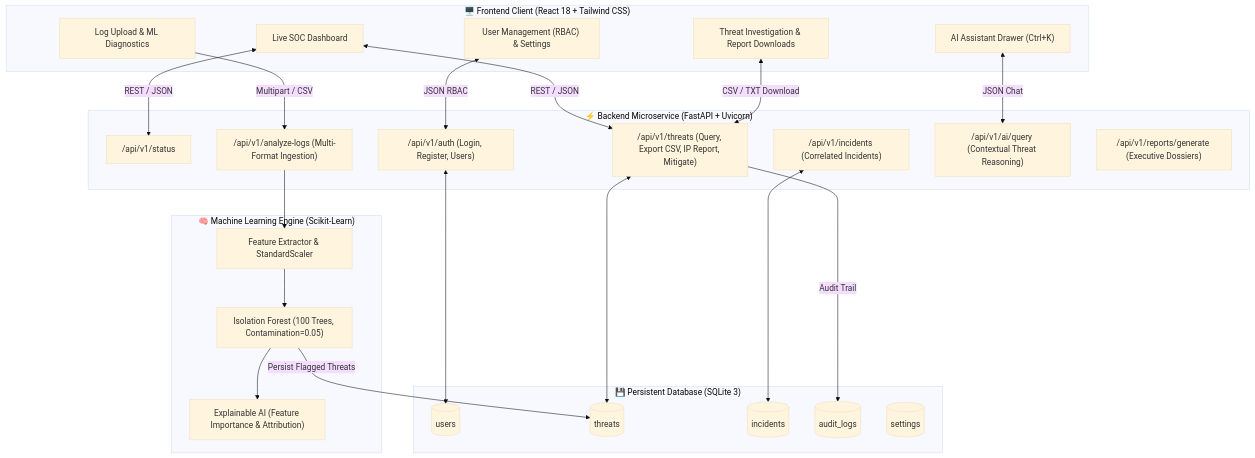
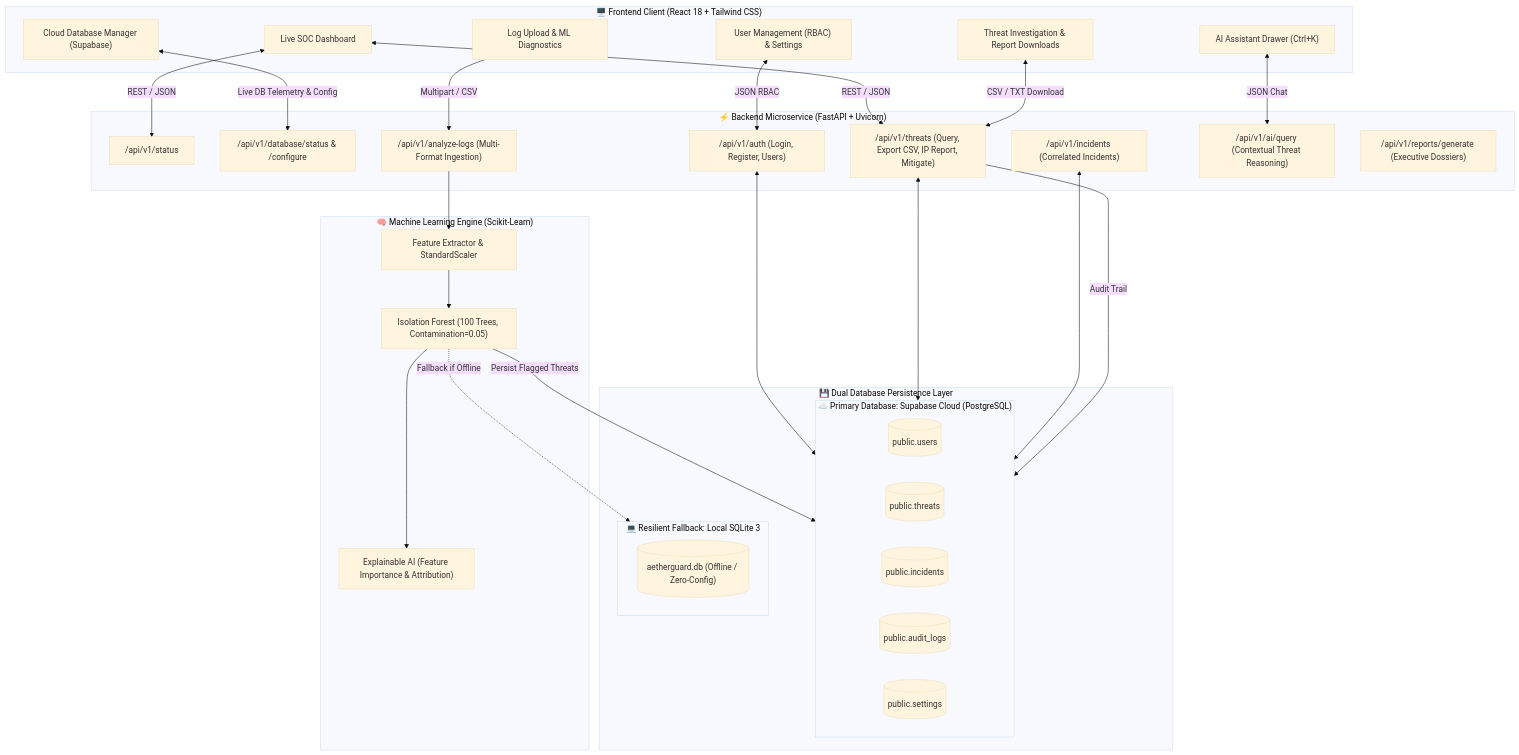
Before and after one commit to udaynarayansingh725/AetherGuard-AI: the diagram in README.md, drawn with Mermaid (base theme). The commit also changed other lines of this file and 10 other files, not shown here.

Commit message:
Integrate Supabase Cloud Database (PostgreSQL) as primary database with SQLite fallback, complete schema migrations, dynamic UI configuration, and updated documentation

````diff
--- a/README.md
+++ b/README.md
@@ -36,49 +38,58 @@
 ```mermaid
 flowchart TD
     subgraph Client Layer ["🖥️ Frontend Client (React 18 + Tailwind CSS)"]
         UI1["Live SOC Dashboard"]
         UI2["Threat Investigation & Report Downloads"]
         UI3["Log Upload & ML Diagnostics"]
         UI4["AI Assistant Drawer (Ctrl+K)"]
         UI5["User Management (RBAC) & Settings"]
+        UI6["Cloud Database Manager (Supabase)"]
     end
 
     subgraph APILayer ["⚡ Backend Microservice (FastAPI + Uvicorn)"]
         RT_STATUS["/api/v1/status"]
+        RT_DB["/api/v1/database/status & /configure"]
         RT_AUTH["/api/v1/auth (Login, Register, Users)"]
         RT_THREATS["/api/v1/threats (Query, Export CSV, IP Report, Mitigate)"]
         RT_INCIDENTS["/api/v1/incidents (Correlated Incidents)"]
         RT_LOGS["/api/v1/analyze-logs (Multi-Format Ingestion)"]
         RT_AI["/api/v1/ai/query (Contextual Threat Reasoning)"]
         RT_REP["/api/v1/reports/generate (Executive Dossiers)"]
     end
 
     subgraph MLLayer ["🧠 Machine Learning Engine (Scikit-Learn)"]
         PRE["Feature Extractor & StandardScaler"]
         IF["Isolation Forest (100 Trees, Contamination=0.05)"]
         XAI["Explainable AI (Feature Importance & Attribution)"]
     end
 
-    subgraph DBLayer ["💾 Persistent Database (SQLite 3)"]
-        DB_USERS[("users")]
-        DB_THREATS[("threats")]
-        DB_INCIDENTS[("incidents")]
-        DB_AUDIT[("audit_logs")]
-        DB_SETTINGS[("settings")]
+    subgraph DBLayer ["💾 Dual Database Persistence Layer"]
+        subgraph CloudDB ["☁️ Primary Database: Supabase Cloud (PostgreSQL)"]
+            SUPA_USERS[("public.users")]
+            SUPA_THREATS[("public.threats")]
+            SUPA_INCIDENTS[("public.incidents")]
+            SUPA_AUDIT[("public.audit_logs")]
+            SUPA_SETTINGS[("public.settings")]
+        end
+        subgraph LocalDB ["💻 Resilient Fallback: Local SQLite 3"]
+            SQLITE_DB[("aetherguard.db (Offline / Zero-Config)")]
+        end
     end
 
     UI1 <-->|"REST / JSON"| RT_STATUS
     UI1 <-->|"REST / JSON"| RT_THREATS
     UI2 <-->|"CSV / TXT Download"| RT_THREATS
     UI3 -->|"Multipart / CSV"| RT_LOGS
     UI4 <-->|"JSON Chat"| RT_AI
     UI5 <-->|"JSON RBAC"| RT_AUTH
+    UI6 <-->|"Live DB Telemetry & Config"| RT_DB
 
     RT_LOGS --> PRE --> IF --> XAI
-    IF -->|"Persist Flagged Threats"| DB_THREATS
+    IF -->|"Persist Flagged Threats"| CloudDB
+    IF -.->|"Fallback if Offline"| LocalDB
     
-    RT_AUTH <--> DB_USERS
-    RT_THREATS <--> DB_THREATS
-    RT_INCIDENTS <--> DB_INCIDENTS
-    RT_THREATS -->|"Audit Trail"| DB_AUDIT
+    RT_AUTH <--> CloudDB
+    RT_THREATS <--> CloudDB
+    RT_INCIDENTS <--> CloudDB
+    RT_THREATS -->|"Audit Trail"| CloudDB
 ```
````
